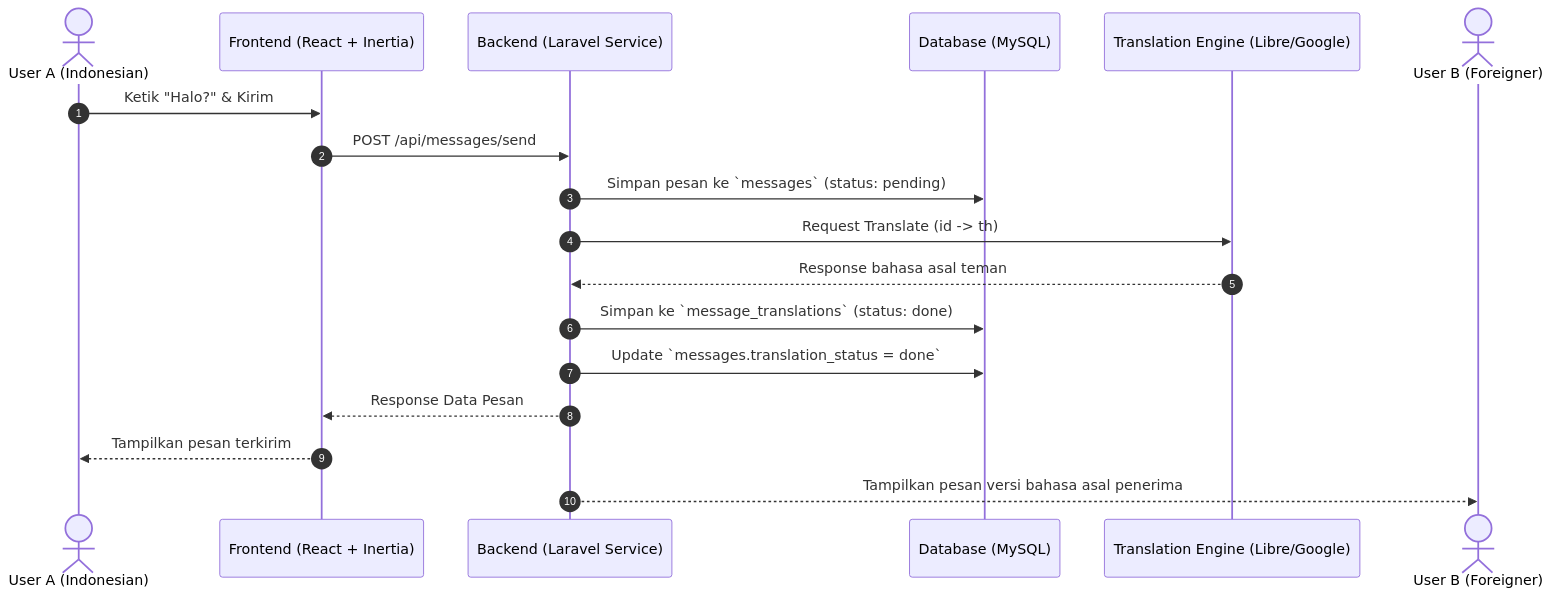
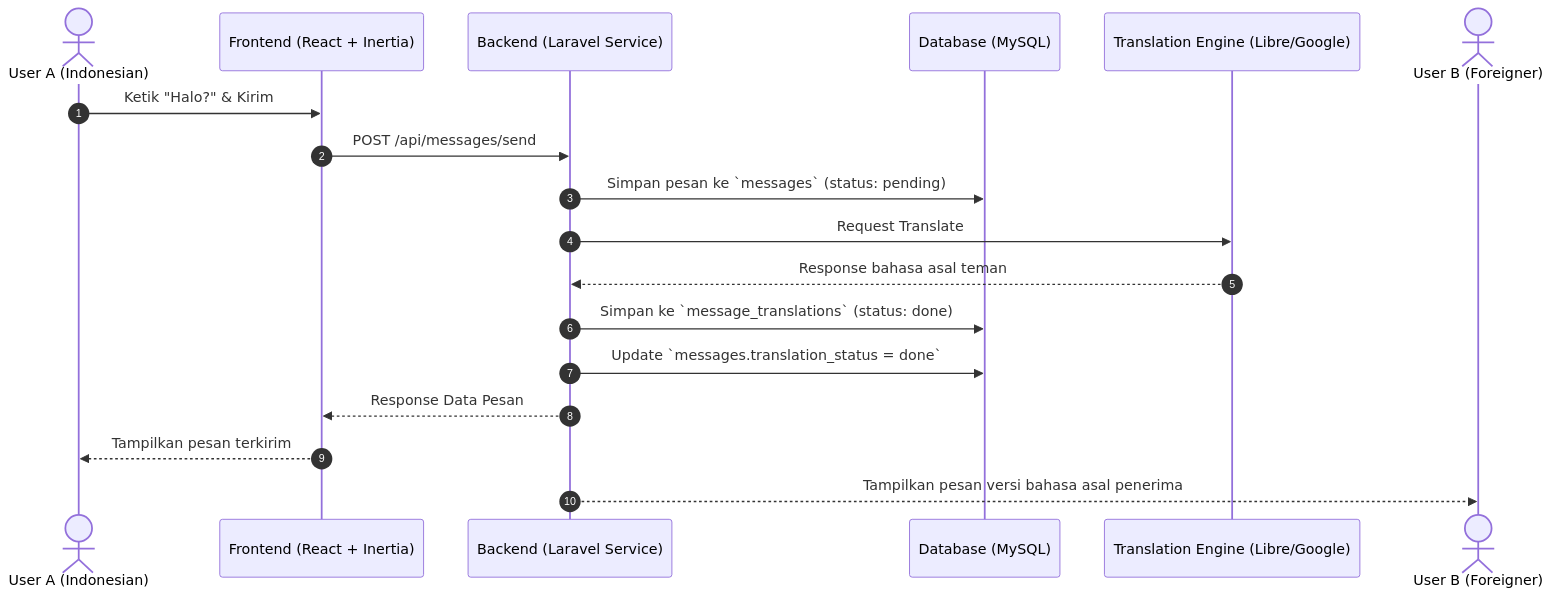
The first of 2 diagrams in README.md (SatyaRizkySaputra0214/Linguachat), drawn with Mermaid before and after one commit.

Commit message:
Fix translation request formatting in README

````diff
--- a/README.md
+++ b/README.md
@@ -79,21 +79,21 @@
 ```mermaid
 sequenceDiagram
     autonumber
     actor Pengirim as User A (Indonesian)
     participant Client as Frontend (React + Inertia)
     participant Server as Backend (Laravel Service)
     participant DB as Database (MySQL)
     participant Engine as Translation Engine (Libre/Google)
     actor Penerima as User B (Foreigner)
 
     Pengirim->>Client: Ketik "Halo?" & Kirim
     Client->>Server: POST /api/messages/send
     Server->>DB: Simpan pesan ke `messages` (status: pending)
-    Server->>Engine: Request Translate (id -> th)
+    Server->>Engine: Request Translate 
     Engine-->>Server: Response bahasa asal teman
     Server->>DB: Simpan ke `message_translations` (status: done)
     Server->>DB: Update `messages.translation_status = done`
     Server-->>Client: Response Data Pesan
     Client-->>Pengirim: Tampilkan pesan terkirim
     Server-->>Penerima: Tampilkan pesan versi bahasa asal penerima
 ```
````
